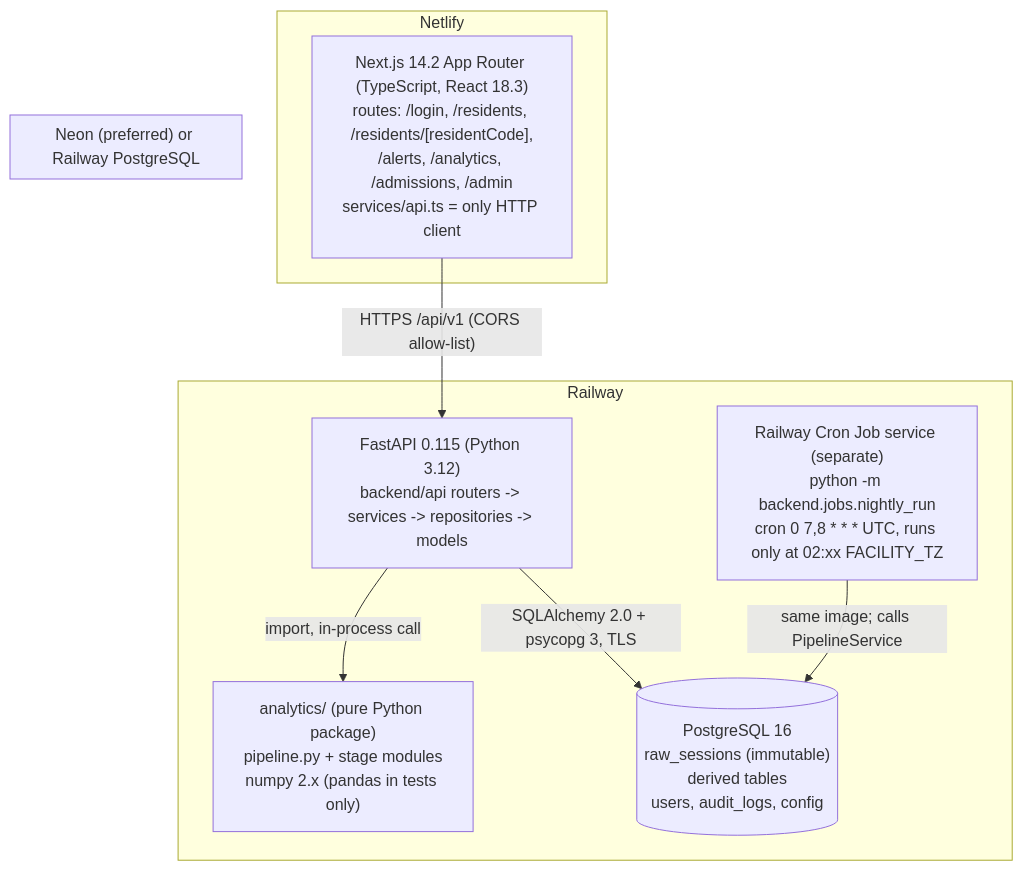
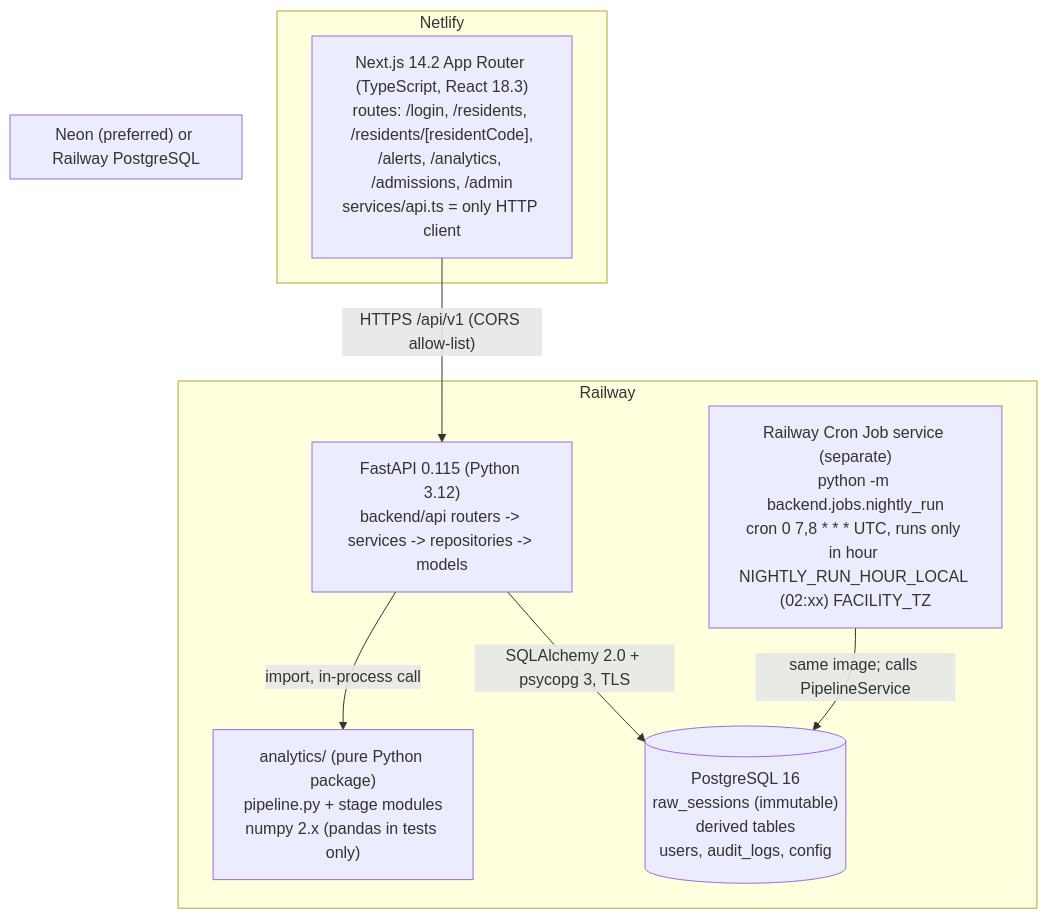
Before and after one commit to EchoWellApp/echowell: the second of 7 diagrams in specs/TRD/01_System_Architecture_TRD.md, drawn with Mermaid. The commit also changed other lines of this file and 91 other files, not shown here.

````diff
--- a/specs/TRD/01_System_Architecture_TRD.md
+++ b/specs/TRD/01_System_Architecture_TRD.md
@@ -72,18 +72,18 @@
 ```mermaid
 flowchart TB
     subgraph Netlify
         NX["Next.js 14.2 App Router (TypeScript, React 18.3)<br/>routes: /login, /residents, /residents/[residentCode],<br/>/alerts, /analytics, /admissions, /admin<br/>services/api.ts = only HTTP client"]
     end
     subgraph Railway
         API["FastAPI 0.115 (Python 3.12)<br/>backend/api routers -> services -> repositories -> models"]
         ANA["analytics/ (pure Python package)<br/>pipeline.py + stage modules<br/>numpy 2.x (pandas in tests only)"]
-        SCH["Railway Cron Job service (separate)<br/>python -m backend.jobs.nightly_run<br/>cron 0 7,8 * * * UTC, runs only at 02:xx FACILITY_TZ"]
+        SCH["Railway Cron Job service (separate)<br/>python -m backend.jobs.nightly_run<br/>cron 0 7,8 * * * UTC, runs only in hour NIGHTLY_RUN_HOUR_LOCAL (02:xx) FACILITY_TZ"]
         API -- "import, in-process call" --> ANA
         SCH -- "same image; calls PipelineService" --> PG
     end
     subgraph Neon["Neon (preferred) or Railway PostgreSQL"]
         PG[("PostgreSQL 16<br/>raw_sessions (immutable)<br/>derived tables<br/>users, audit_logs, config")]
     end
     NX -- "HTTPS /api/v1 (CORS allow-list)" --> API
     API -- "SQLAlchemy 2.0 + psycopg 3, TLS" --> PG
 ```
````
